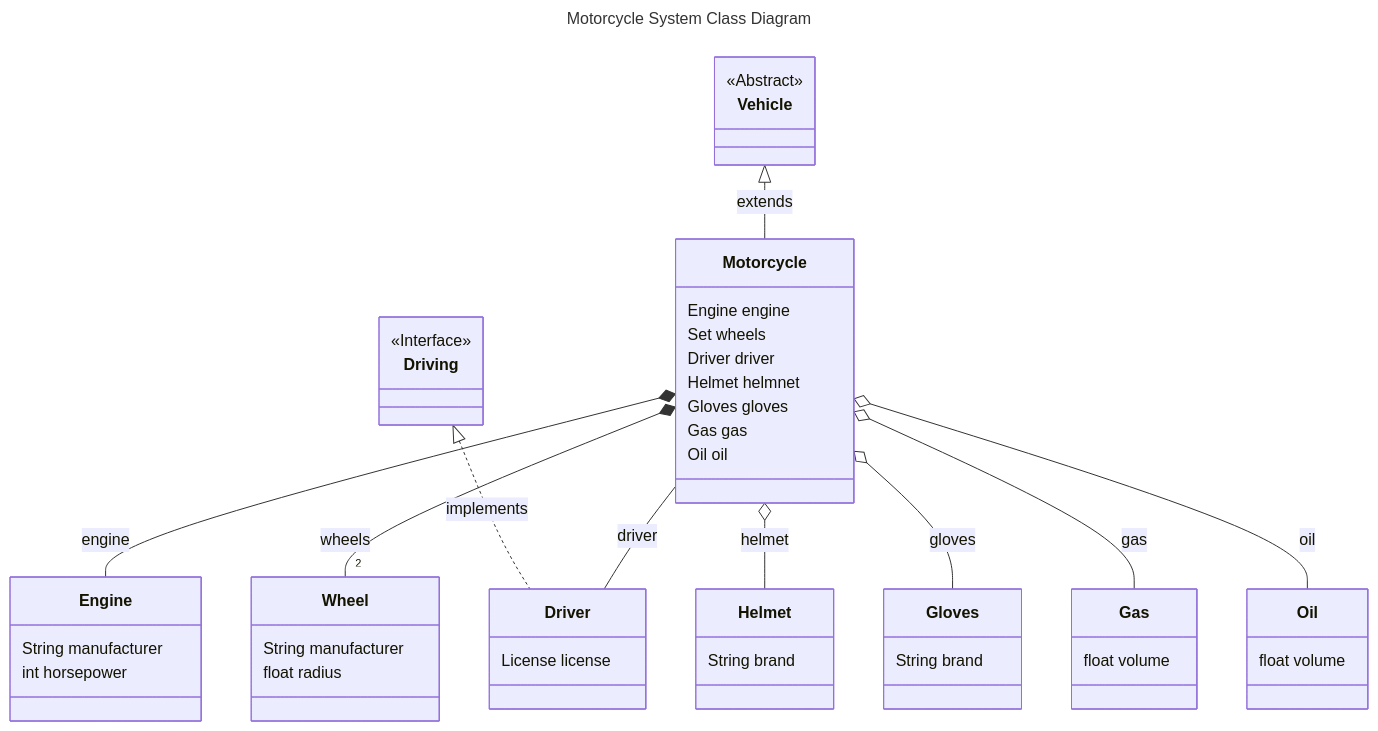
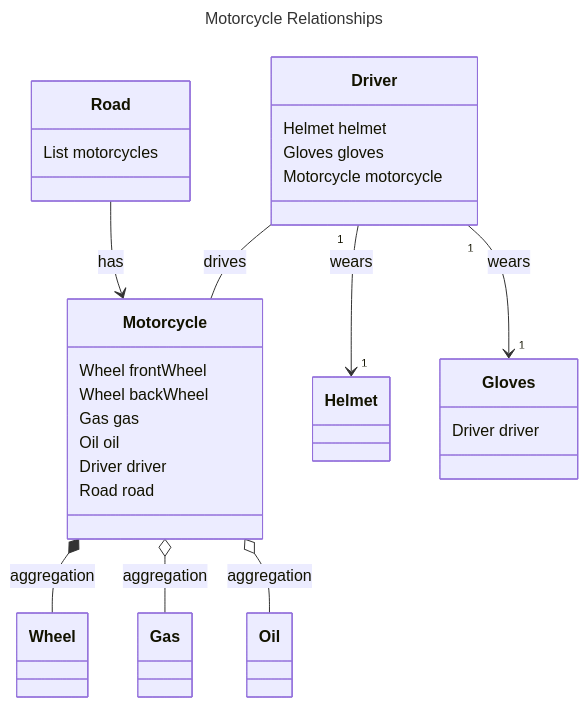
One commit to RichardHightower/docgen changed the sixth of 7 diagrams in src/main/templates/classes/examples.md. Above: the diagram before and after it, drawn with Mermaid. The commit also changed other lines of this file and 62 other files, not shown here.

````diff
--- a/src/main/templates/classes/examples.md
+++ b/src/main/templates/classes/examples.md
@@ -202,54 +302,42 @@
 ```mermaid
 ---
-title: Motorcycle System Class Diagram
+title: Motorcycle Relationships
 ---
 classDiagram
-
     class Motorcycle{
-         Engine engine
-         Set<Wheel> wheels
-         Driver driver
-         Helmet helmnet
-         Gloves gloves
-         Gas gas
-         Oil oil
-    }
-    class Vehicle {
-        <<Abstract>>
-    }
-    class Driving {
-        <<Interface>>
-    }
-    class Engine{
-         String manufacturer
-         int horsepower
+        Wheel frontWheel
+        Wheel backWheel
+        Gas gas
+        Oil oil
+        Driver driver
+        Road road
     }
     class Wheel{
-         String manufacturer
-         float radius
+    }
+    class Helmet{
+    }
+    class Gloves{
+        Driver driver
+    }
+    class Gas{
+    }
+    class Oil{
     }
     class Driver{
-         License license
+        Helmet helmet
+        Gloves gloves
+        Motorcycle motorcycle
     }
-    class Helmet {
-         String brand
+    class Road{
+        List<Motorcycle> motorcycles
     }
-    class Gloves {
-         String brand
-    }
-    class Gas{
-         float volume
-    }
-    class Oil{
-         float volume
-    }
-    Vehicle <|-- Motorcycle: extends
-    Driving <|.. Driver: implements
-    Motorcycle*-- Engine: engine
-    Motorcycle*-- "2" Wheel: wheels
-    Motorcycle -- Driver: driver
-    Motorcycle o-- Helmet: helmet
-    Motorcycle o-- Gloves: gloves
-    Motorcycle o-- Gas: gas
-    Motorcycle o-- Oil: oil
-``` 
+
+    Motorcycle *-- Wheel: aggregation
+    Motorcycle o-- Gas: aggregation
+    Motorcycle o-- Oil: aggregation
+    Driver "1" --> "1" Helmet: wears
+    Driver "1" --> "1" Gloves: wears
+    Driver -- Motorcycle: drives
+    Road --> Motorcycle: has
+
+```
````
